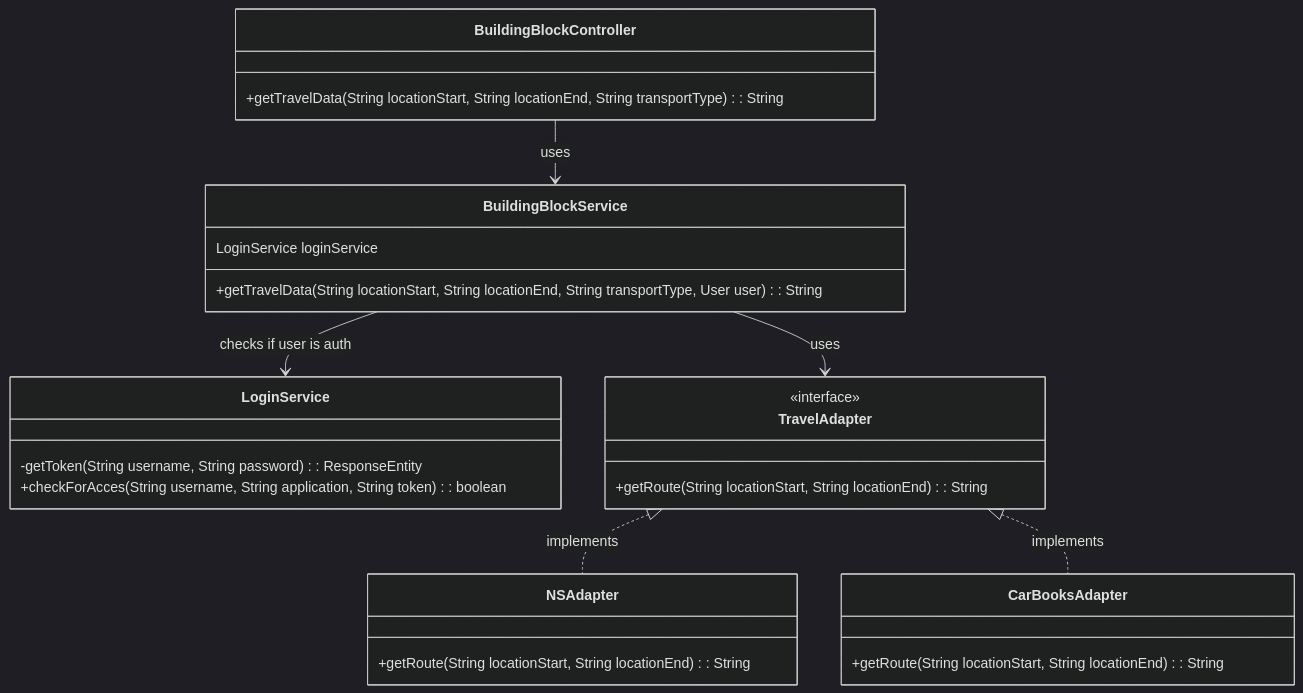
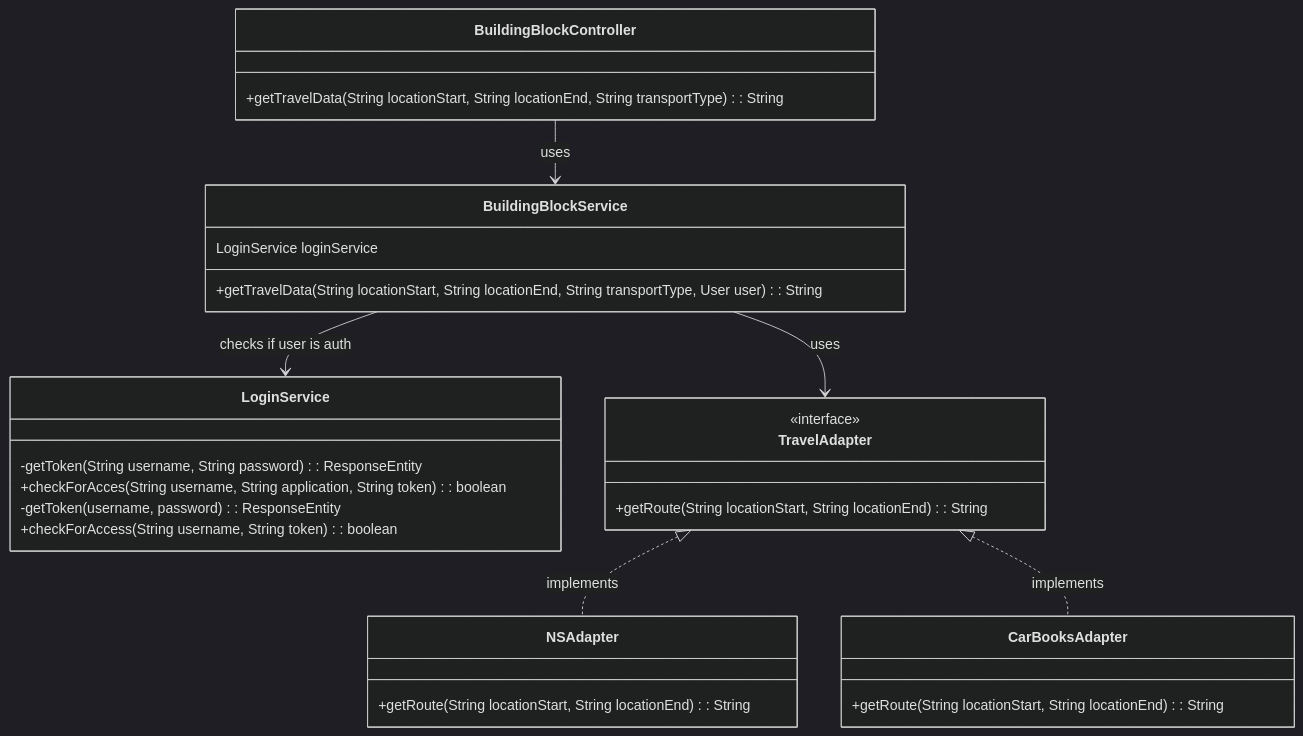
One commit to AIM-ENE-feb25/triptop-inshallahboys changed the fifth of 5 diagrams in software-guidebook/README.md. Above: the diagram before and after it, drawn with Mermaid (dark theme). The commit also changed other lines of this file, not shown here.

````diff
--- a/software-guidebook/README.md
+++ b/software-guidebook/README.md
@@ -291,36 +291,40 @@
 ```mermaid
 classDiagram
     class BuildingBlockController {
         +getTravelData(String locationStart, String locationEnd, String transportType): String
     }
 
     class BuildingBlockService {
         LoginService loginService
         +getTravelData(String locationStart, String locationEnd, String transportType, User user): String
     }
 
     class LoginService {
         -getToken(String username, String password): ResponseEntity<String>
         +checkForAcces(String username, String application, String token): boolean
     }
 
     class TravelAdapter {
         <<interface>>
         +getRoute(String locationStart, String locationEnd): String
     }
+class LoginService{
+    -getToken(username, password) : ResponseEntity<String>
+    +checkForAccess(String username, String token) : boolean
+}
 
     class NSAdapter {
         +getRoute(String locationStart, String locationEnd): String
     }
 
     class CarBooksAdapter {
         +getRoute(String locationStart, String locationEnd): String
     }
 
     BuildingBlockController --> BuildingBlockService : uses
     BuildingBlockService --> LoginService : checks if user is auth
     BuildingBlockService --> TravelAdapter : uses
 
     TravelAdapter <|.. NSAdapter : implements
     TravelAdapter <|.. CarBooksAdapter : implements
 ```
````
